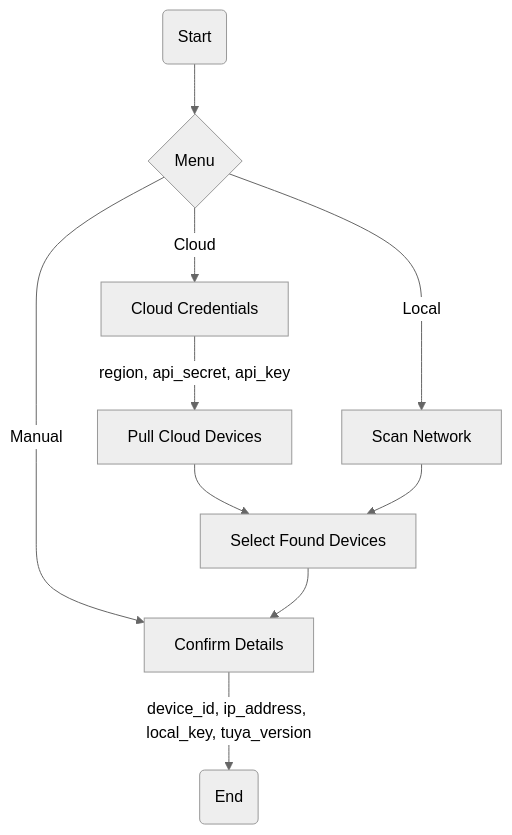
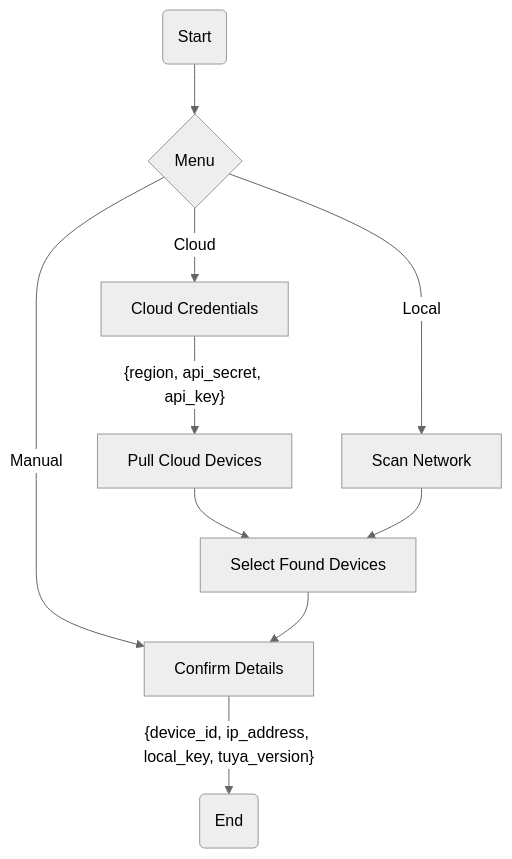
One commit to Whytey/moebot-hass-integration changed the diagram in README.md. Above: the diagram before and after it, drawn with Mermaid (neutral theme).

Commit message:
Update README with formatted parameters in diagrams

````diff
--- a/README.md
+++ b/README.md
@@ -34,12 +34,12 @@
 ```mermaid
 flowchart TD
     START(Start) --> USER{Menu}
     USER -->|Cloud| CLOUD[Cloud Credentials]
     USER -->|Local| LOCAL_LOOKUP[Scan Network]
     USER -->|Manual| DEVICE_DETAILS
-    CLOUD -->|region, api_secret, api_key| CLOUD_LOOKUP[Pull Cloud Devices]
+    CLOUD -->|"{region, api_secret, api_key}"| CLOUD_LOOKUP[Pull Cloud Devices]
     CLOUD_LOOKUP --> DEVICE_SELECT[Select Found Devices]
     LOCAL_LOOKUP --> DEVICE_SELECT
     DEVICE_SELECT --> DEVICE_DETAILS[Confirm Details]
-    DEVICE_DETAILS -->|device_id, ip_address, local_key, tuya_version| END(End)
+    DEVICE_DETAILS -->|"{device_id, ip_address, local_key, tuya_version}"| END(End)
 ```
````
